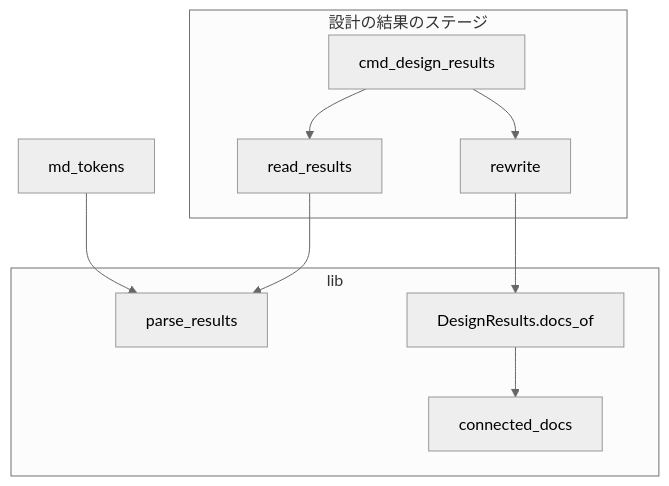
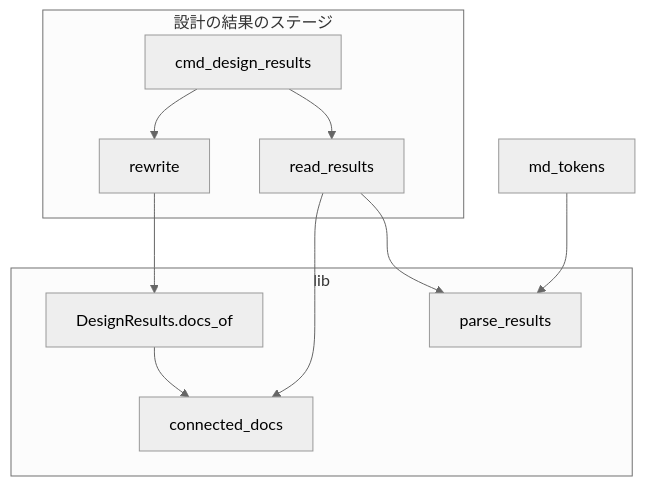
One commit to devbasex/ai-plugins changed the first of 3 diagrams in issues/issue-2453-design.md. Above: the diagram before and after it, drawn with Mermaid (neutral theme). The commit also changed other lines of this file, not shown here.

````diff
--- a/issues/issue-2453-design.md
+++ b/issues/issue-2453-design.md
@@ -94,16 +96,17 @@
 ```mermaid
 graph TD
     subgraph ステージ[設計の結果のステージ]
         A[cmd_design_results] --> B[read_results]
         A --> C[rewrite]
     end
     subgraph 読み取り[lib]
         D[parse_results]
         E[DesignResults.docs_of]
         F[connected_docs]
     end
     B --> D
+    B --> F
     C --> E
     E --> F
     G[md_tokens] --> D
 ```
````
